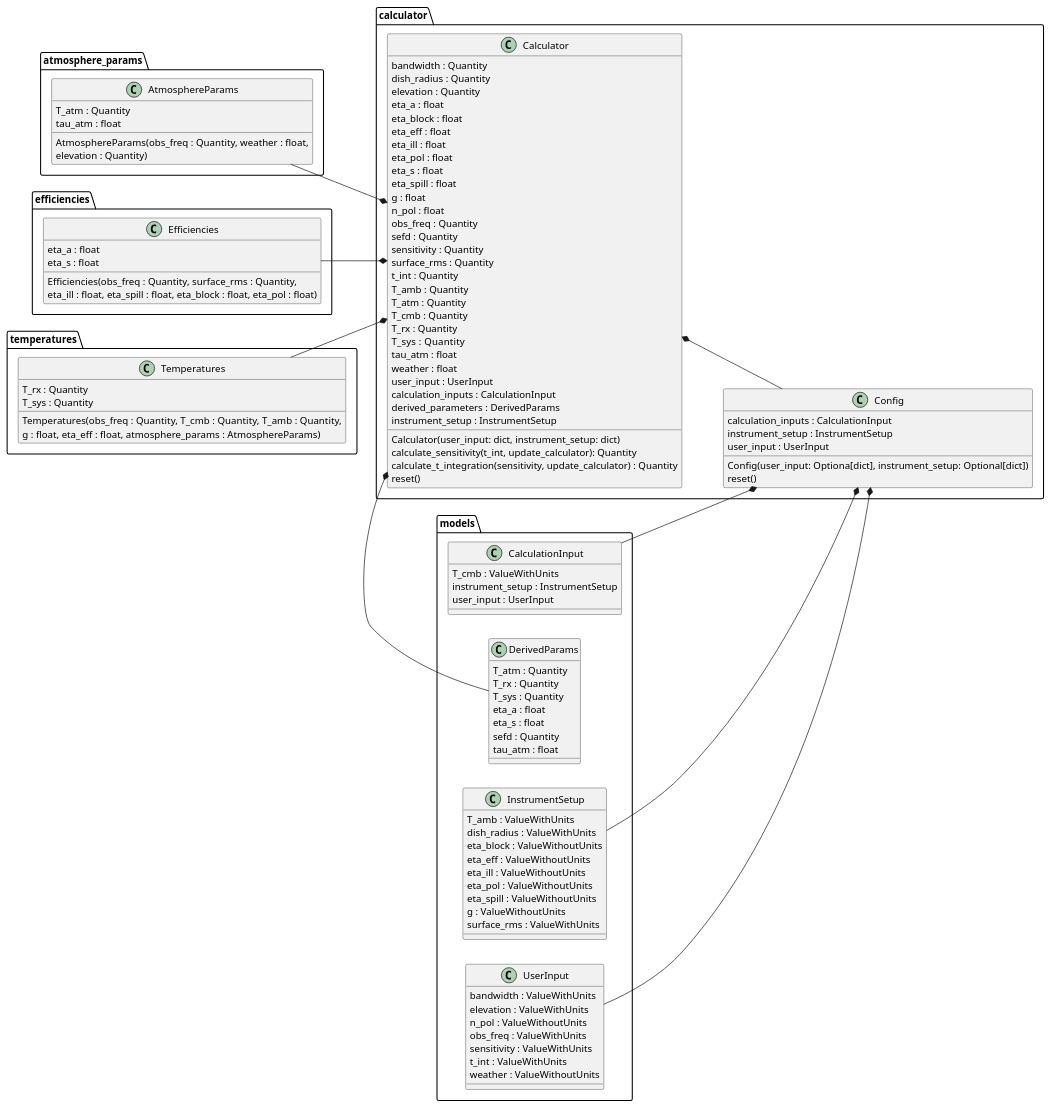
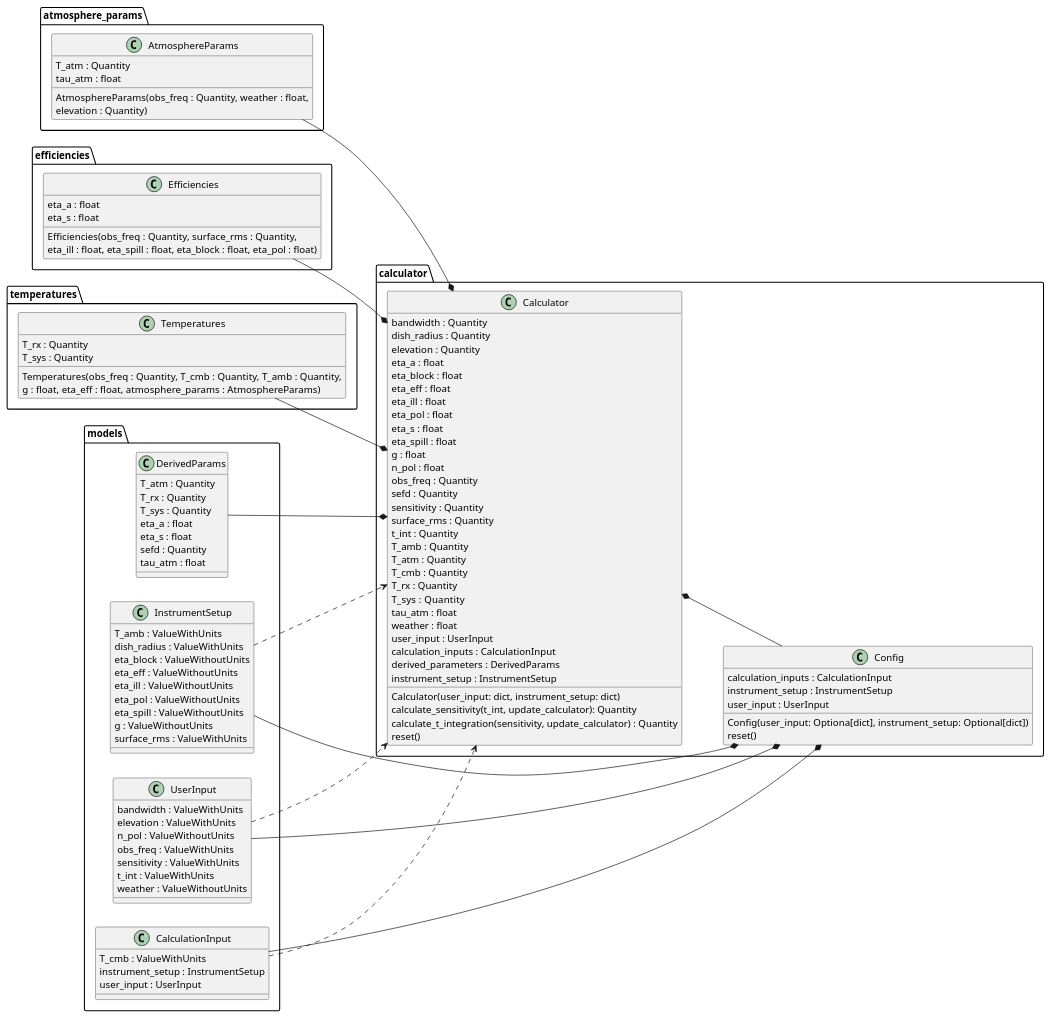
One commit to ukatc/AtLAST_sensitivity_calculator changed the diagram in docs/source/code_docs/calculator_uml.rst. Above: the diagram before and after it, drawn with PlantUML.

Commit message:
WIP UML updates

```diff
--- a/docs/source/code_docs/calculator_uml.rst
+++ b/docs/source/code_docs/calculator_uml.rst
@@ -108,5 +108,8 @@
     models.InstrumentSetup --* calculator.Config
     models.UserInput --* calculator.Config
     calculator.Calculator *-- models.DerivedParams
+    models.CalculationInput ..> calculator.Calculator
+    models.InstrumentSetup ..> calculator.Calculator
+    models.UserInput ..> calculator.Calculator
     calculator.Calculator *-- calculator.Config
     @enduml
```
